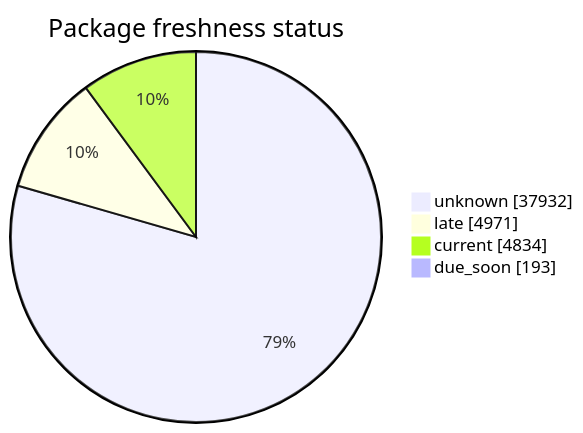
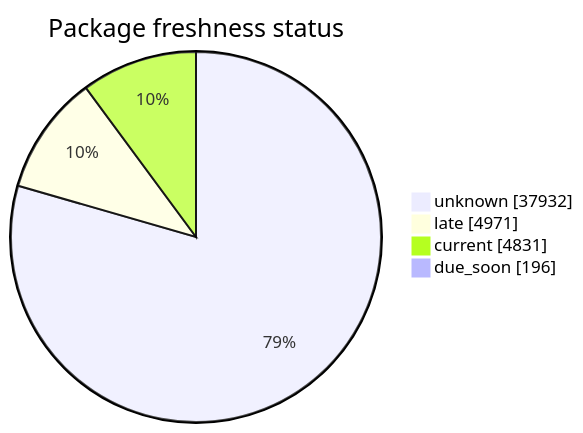
The second of 5 diagrams in FreshCheck/README.md (open-data/analytics-corporate-reporting), drawn with Mermaid before and after one commit. The commit also changed other lines of this file and 3 other files, not shown here.

````diff
--- a/FreshCheck/README.md
+++ b/FreshCheck/README.md
@@ -68,7 +68,7 @@
 ```mermaid
 pie showData title Package freshness status
     "unknown": 37932
     "late": 4971
-    "current": 4834
-    "due_soon": 193
+    "current": 4831
+    "due_soon": 196
 ```
````
